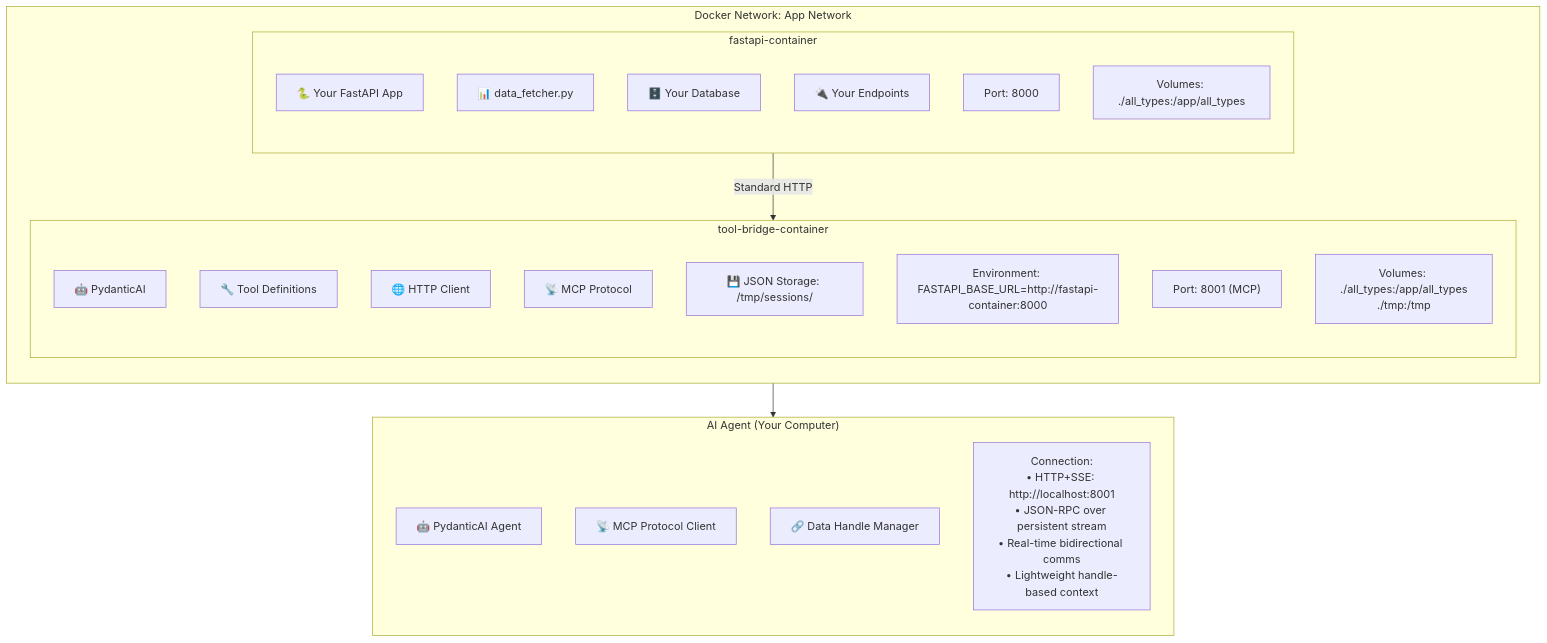
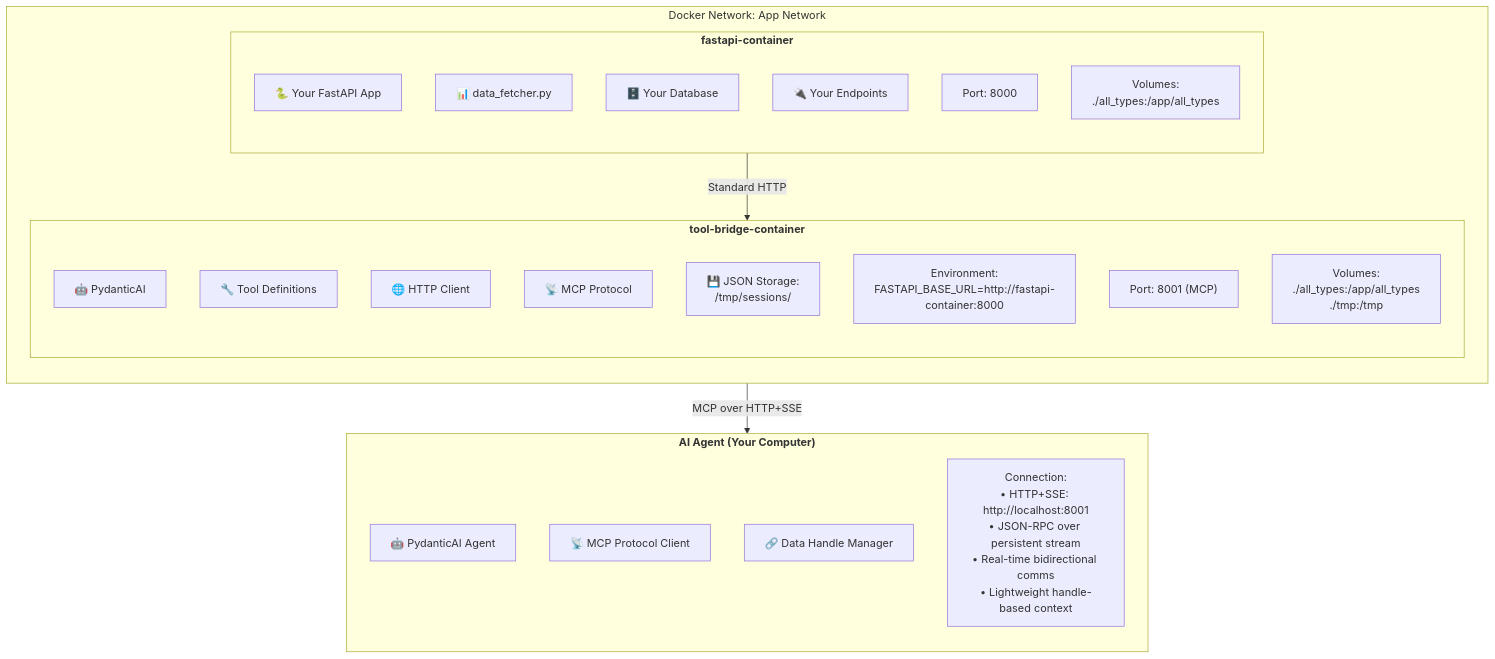
Before and after one commit to ImadSaddik/backend2: the fourth of 4 diagrams in tool_bridge_mcp_server/Model Context Protocol (MCP) Guide.md, drawn with Mermaid.

Commit message:
refactor MCP Guide to enhance Docker architecture diagram with bold labels and improved formatting for clarity

````diff
--- a/tool_bridge_mcp_server/Model Context Protocol (MCP) Guide.md
+++ b/tool_bridge_mcp_server/Model Context Protocol (MCP) Guide.md
@@ -472,39 +472,39 @@
 ```mermaid
 flowchart TD
     subgraph Docker_Network["Docker Network: App Network"]
         direction TB
-        subgraph fastapi["fastapi-container"]
+        subgraph fastapi["<b>fastapi-container</b>"]
             direction TB
             F1["🐍 Your FastAPI App"]
             F2["📊 data_fetcher.py"]
             F3["🗄️ Your Database"]
             F4["🔌 Your Endpoints"]
             F5["Port: 8000"]
-            F6["Volumes: ./all_types:/app/all_types"]
+            F6["Volumes:<br/>./all_types:/app/all_types"]
         end
 
-        subgraph toolbridge["tool-bridge-container"]
+        subgraph toolbridge["<b>tool-bridge-container</b>"]
             direction TB
             T1["🤖 PydanticAI"]
             T2["🔧 Tool Definitions"]
             T3["🌐 HTTP Client"]
             T4["📡 MCP Protocol"]
-            T5["💾 JSON Storage: /tmp/sessions/"]
-            T6["Environment: FASTAPI_BASE_URL=http://fastapi-container:8000"]
+            T5["💾 JSON Storage:<br/>/tmp/sessions/"]
+            T6["Environment:<br/>FASTAPI_BASE_URL=http://fastapi-container:8000"]
             T7["Port: 8001 (MCP)"]
-            T8["Volumes: ./all_types:/app/all_types\n./tmp:/tmp"]
+            T8["Volumes:<br/>./all_types:/app/all_types<br/>./tmp:/tmp"]
         end
 
         fastapi -- "Standard HTTP" --> toolbridge
     end
 
-    subgraph ai_agent["AI Agent (Your Computer)"]
+    subgraph ai_agent["<b>AI Agent (Your Computer)</b>"]
         direction TB
         A1["🤖 PydanticAI Agent"]
         A2["📡 MCP Protocol Client"]
         A3["🔗 Data Handle Manager"]
-        A4["Connection:\n• HTTP+SSE: http://localhost:8001\n• JSON-RPC over persistent stream\n• Real-time bidirectional comms\n• Lightweight handle-based context"]
+        A4["Connection:<br/>• HTTP+SSE: http://localhost:8001<br/>• JSON-RPC over persistent stream<br/>• Real-time bidirectional comms<br/>• Lightweight handle-based context"]
     end
 
-    toolbridge --> ai_agent
+    toolbridge -- "MCP over HTTP+SSE" --> ai_agent
 ```
````
